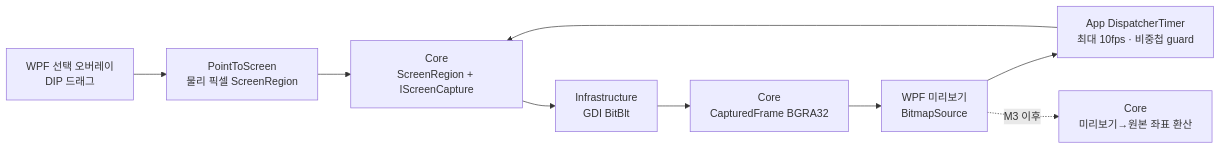
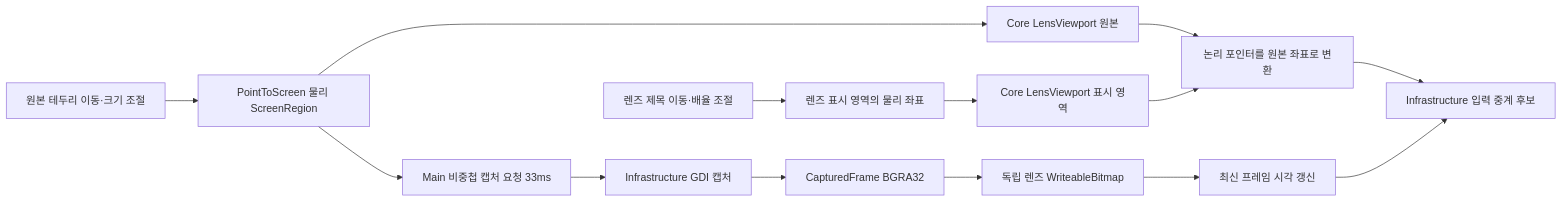
Before and after one commit to ai-blink/pinte: the diagram in docs/diagrams/capture-flow.md, drawn with Mermaid. The commit also changed other lines of this file and 44 other files, not shown here.

````diff
--- a/docs/diagrams/capture-flow.md
+++ b/docs/diagrams/capture-flow.md
@@ -3,11 +3,16 @@
 ```mermaid
 flowchart LR
-    A[WPF 선택 오버레이\nDIP 드래그] --> B[PointToScreen\n물리 픽셀 ScreenRegion]
-    B --> C[Core\nScreenRegion + IScreenCapture]
-    C --> D[Infrastructure\nGDI BitBlt]
-    D --> E[Core\nCapturedFrame BGRA32]
-    E --> F[WPF 미리보기\nBitmapSource]
-    F --> H[App DispatcherTimer\n최대 10fps · 비중첩 guard]
-    H --> C
-    F -. M3 이후 .-> G[Core\n미리보기→원본 좌표 환산]
+    A[원본 테두리 이동·크기 조절] --> B[PointToScreen 물리 ScreenRegion]
+    B --> C[Main 비중첩 캡처 요청 33ms]
+    C --> D[Infrastructure GDI 캡처]
+    D --> E[CapturedFrame BGRA32]
+    E --> F[독립 렌즈 WriteableBitmap]
+    G[렌즈 제목 이동·배율 조절] --> H[렌즈 표시 영역의 물리 좌표]
+    B --> I[Core LensViewport 원본]
+    H --> J[Core LensViewport 표시 영역]
+    I --> K[논리 포인터를 원본 좌표로 변환]
+    J --> K
+    K --> L[Infrastructure 입력 중계 후보]
+    F --> M[최신 프레임 시각 갱신]
+    M --> L
 ```
````
